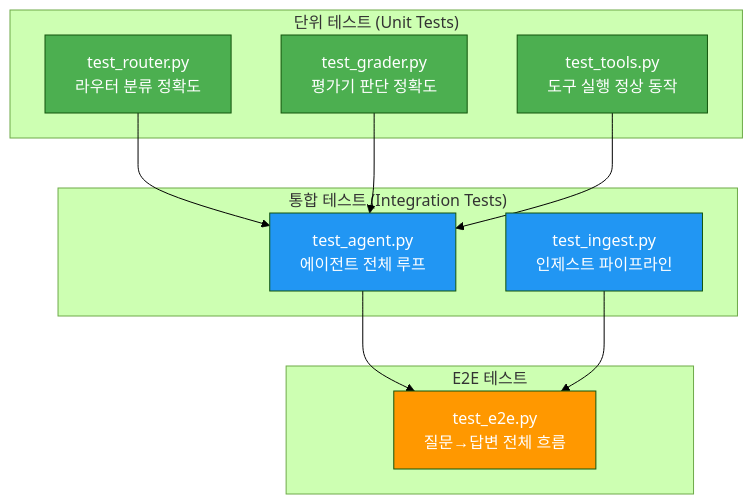
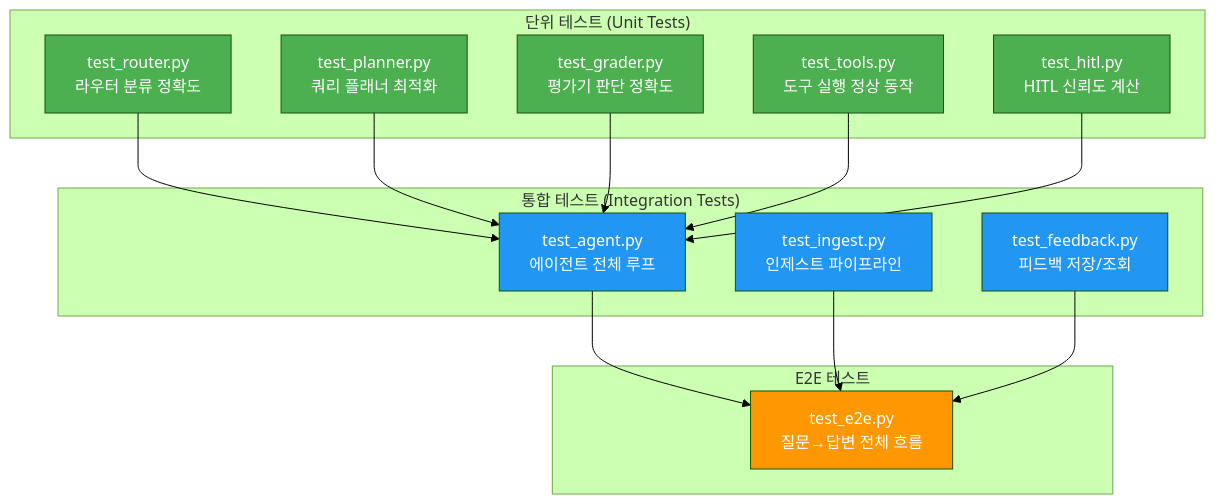
Before and after one commit to laurus-kpa007/agentic-rag-bot: the sixth of 6 diagrams in docs/implementation-guide.md, drawn with Mermaid (forest theme). The commit also changed other lines of this file and 4 other files, not shown here.

````diff
--- a/docs/implementation-guide.md
+++ b/docs/implementation-guide.md
@@ -716,30 +798,33 @@
 ```mermaid
 graph TD
     subgraph "단위 테스트 (Unit Tests)"
         UT1["test_router.py<br/>라우터 분류 정확도"]
-        UT2["test_grader.py<br/>평가기 판단 정확도"]
-        UT3["test_tools.py<br/>도구 실행 정상 동작"]
+        UT2["test_planner.py<br/>쿼리 플래너 최적화"]
+        UT3["test_grader.py<br/>평가기 판단 정확도"]
+        UT4["test_tools.py<br/>도구 실행 정상 동작"]
+        UT5["test_hitl.py<br/>HITL 신뢰도 계산"]
     end
 
     subgraph "통합 테스트 (Integration Tests)"
         IT1["test_agent.py<br/>에이전트 전체 루프"]
         IT2["test_ingest.py<br/>인제스트 파이프라인"]
+        IT3["test_feedback.py<br/>피드백 저장/조회"]
     end
 
     subgraph "E2E 테스트"
         E2E["test_e2e.py<br/>질문→답변 전체 흐름"]
     end
 
-    UT1 --> IT1
-    UT2 --> IT1
-    UT3 --> IT1
-    IT1 --> E2E
-    IT2 --> E2E
+    UT1 & UT2 & UT3 & UT4 & UT5 --> IT1
+    IT1 & IT2 & IT3 --> E2E
 
     style UT1 fill:#4CAF50,color:#fff
     style UT2 fill:#4CAF50,color:#fff
     style UT3 fill:#4CAF50,color:#fff
+    style UT4 fill:#4CAF50,color:#fff
+    style UT5 fill:#4CAF50,color:#fff
     style IT1 fill:#2196F3,color:#fff
     style IT2 fill:#2196F3,color:#fff
+    style IT3 fill:#2196F3,color:#fff
     style E2E fill:#FF9800,color:#fff
 ```
````
